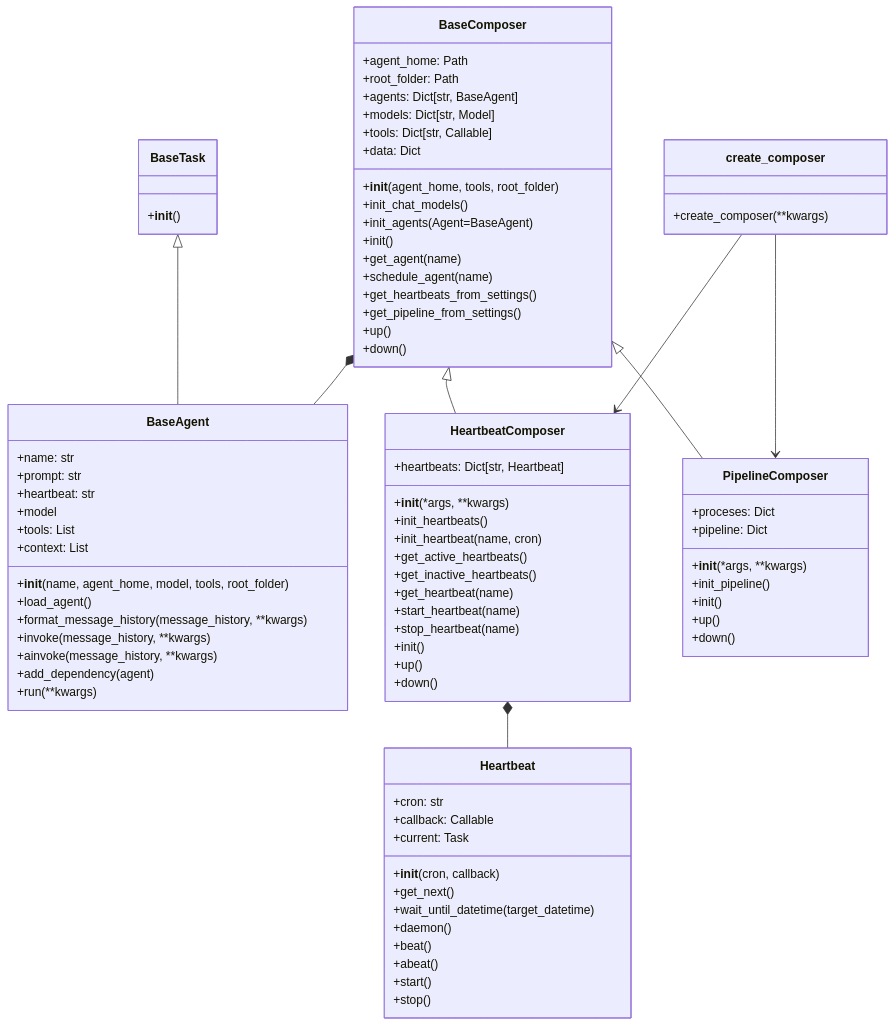
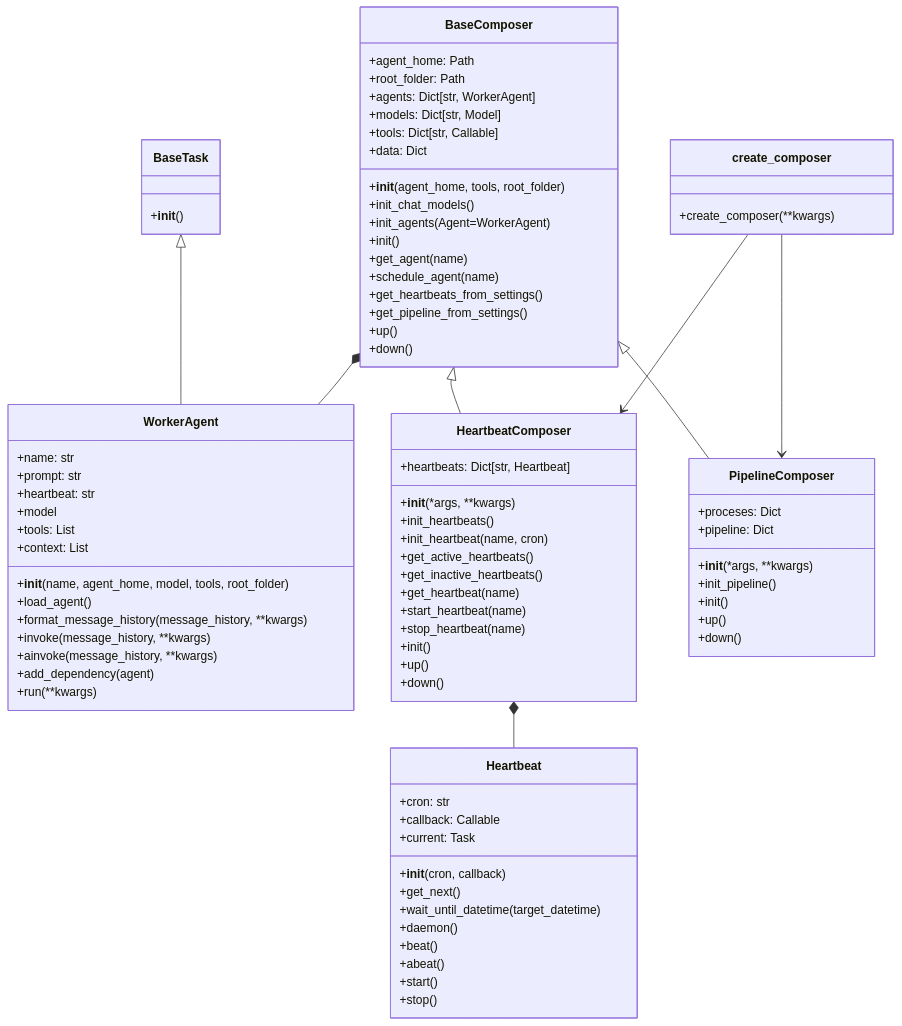
Before and after one commit to openpawks/sublimate: the third of 10 diagrams in docs/composer/OVERVIEW.md, drawn with Mermaid. The commit also changed other lines of this file and 21 other files, not shown here.

Commit message:
refactor: rename BaseAgent to WorkerAgent for clarity, fix typos in services, begin to start writing repo & worktree management

````diff
--- a/docs/composer/OVERVIEW.md
+++ b/docs/composer/OVERVIEW.md
@@ -117,8 +117,8 @@
     class BaseTask {
         +__init__()
     }
-    
-    class BaseAgent {
+
+    class WorkerAgent {
         +name: str
         +prompt: str
         +heartbeat: str
@@ -133,17 +133,17 @@
         +add_dependency(agent)
         +run(**kwargs)
     }
-    
+
     class BaseComposer {
         +agent_home: Path
         +root_folder: Path
-        +agents: Dict[str, BaseAgent]
+        +agents: Dict[str, WorkerAgent]
         +models: Dict[str, Model]
         +tools: Dict[str, Callable]
         +data: Dict
         +__init__(agent_home, tools, root_folder)
         +init_chat_models()
-        +init_agents(Agent=BaseAgent)
+        +init_agents(Agent=WorkerAgent)
         +init()
         +get_agent(name)
         +schedule_agent(name)
@@ -152,7 +152,7 @@
         +up()
         +down()
     }
-    
+
     class Heartbeat {
         +cron: str
         +callback: Callable
@@ -166,7 +166,7 @@
         +start()
         +stop()
     }
-    
+
     class HeartbeatComposer {
         +heartbeats: Dict[str, Heartbeat]
         +__init__(*args, **kwargs)
@@ -181,7 +181,7 @@
         +up()
         +down()
     }
-    
+
     class PipelineComposer {
         +proceses: Dict
         +pipeline: Dict
@@ -191,16 +191,16 @@
         +up()
         +down()
     }
-    
+
     class create_composer {
         +create_composer(**kwargs)
     }
-    
-    BaseTask <|-- BaseAgent
+
+    BaseTask <|-- WorkerAgent
     BaseComposer <|-- HeartbeatComposer
     BaseComposer <|-- PipelineComposer
     HeartbeatComposer *-- Heartbeat
     create_composer --> HeartbeatComposer
     create_composer --> PipelineComposer
-    BaseComposer *-- BaseAgent
+    BaseComposer *-- WorkerAgent
 ```
````
